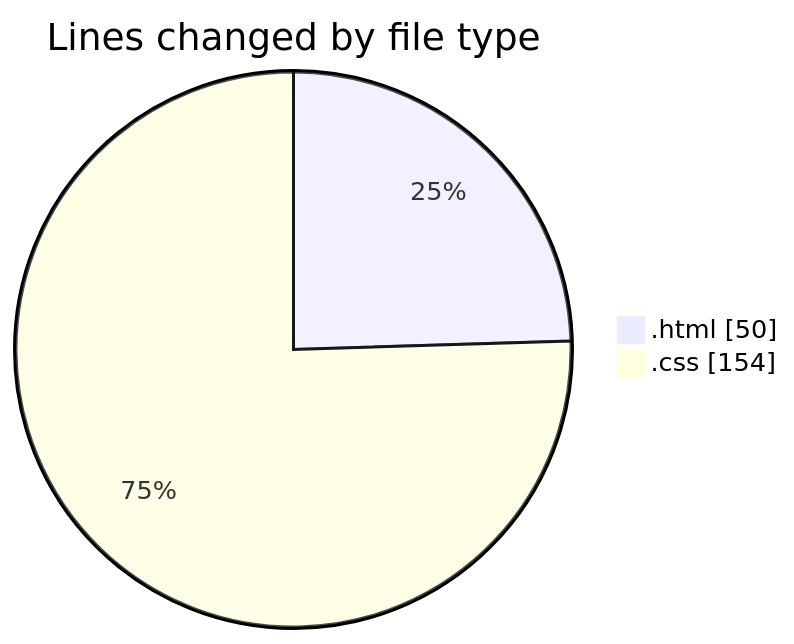
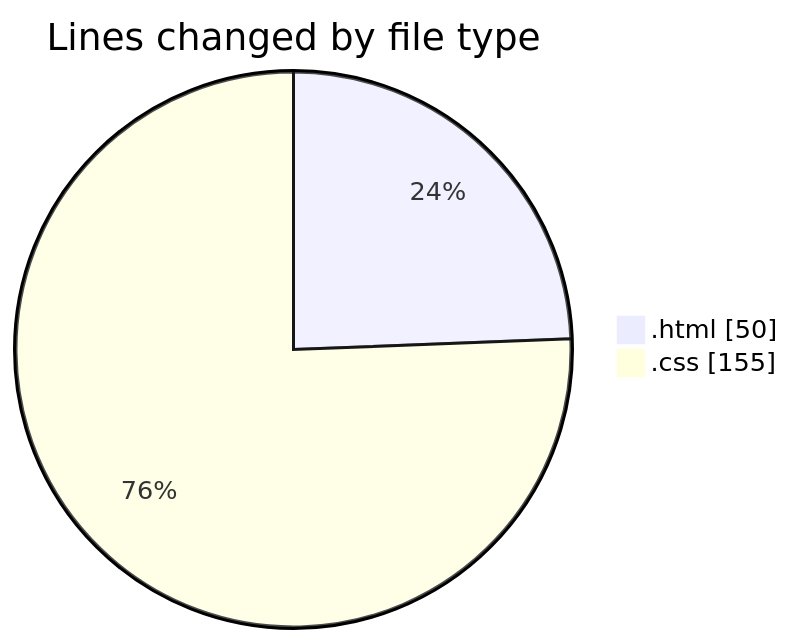
The first of 2 diagrams in 2025-04-15/portfolio/README.md (CELIANVF/code-tracking), drawn with Mermaid before and after one commit. The commit also changed other lines of this file and 1 other file, not shown here.

````diff
--- a/2025-04-15/portfolio/README.md
+++ b/2025-04-15/portfolio/README.md
@@ -21,6 +21,6 @@
 ```mermaid
 pie showData
 title Lines changed by file type
 ".html" : 50
-".css" : 154
+".css" : 155
 ```
````
